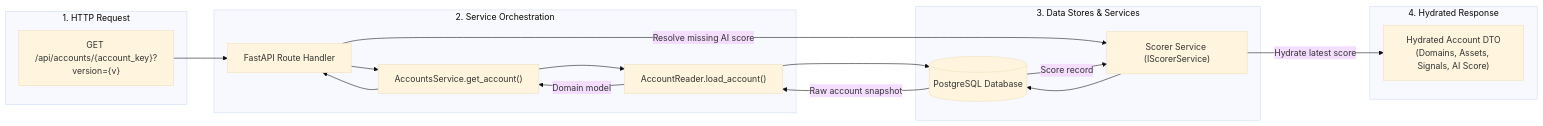
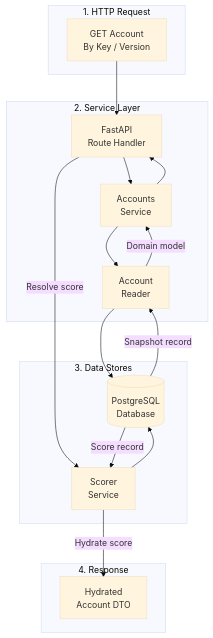
The third of 4 diagrams in backend/src/services/accounts/README.md (dev-anuj007/cyber_intel), drawn with Mermaid (base theme) before and after one commit. The commit also changed other lines of this file, not shown here.

Commit message:
chore: clean up for aggregator service

````diff
--- a/backend/src/services/accounts/README.md
+++ b/backend/src/services/accounts/README.md
@@ -151,33 +163,33 @@
 ```mermaid
-flowchart LR
+flowchart TD
     subgraph ClientReq["1. HTTP Request"]
-        Req["GET /api/accounts/{account_key}?version={v}"]
+        Req["GET Account<br/>By Key / Version"]
     end
 
-    subgraph ServiceLayer["2. Service Orchestration"]
-        Route["FastAPI Route Handler"]
-        Svc["AccountsService.get_account()"]
-        Reader["AccountReader.load_account()"]
+    subgraph ServiceLayer["2. Service Layer"]
+        Route["FastAPI<br/>Route Handler"]
+        Svc["Accounts<br/>Service"]
+        Reader["Account<br/>Reader"]
     end
 
-    subgraph DataStore["3. Data Stores & Services"]
-        DB[("PostgreSQL Database")]
-        Scorer["Scorer Service (IScorerService)"]
+    subgraph DataStore["3. Data Stores"]
+        DB[("PostgreSQL<br/>Database")]
+        Scorer["Scorer<br/>Service"]
     end
 
-    subgraph ClientResp["4. Hydrated Response"]
-        AccountDTO["Hydrated Account DTO<br/>(Domains, Assets, Signals, AI Score)"]
+    subgraph ClientResp["4. Response"]
+        AccountDTO["Hydrated<br/>Account DTO"]
     end
 
     Req --> Route
     Route --> Svc
     Svc --> Reader
     Reader --> DB
-    DB -->|"Raw account snapshot"| Reader
+    DB -->|"Snapshot record"| Reader
     Reader -->|"Domain model"| Svc
     Svc --> Route
-    Route -->|"Resolve missing AI score"| Scorer
+    Route -->|"Resolve score"| Scorer
     Scorer --> DB
     DB -->|"Score record"| Scorer
-    Scorer -->|"Hydrate latest score"| AccountDTO
+    Scorer -->|"Hydrate score"| AccountDTO
 ```
````
